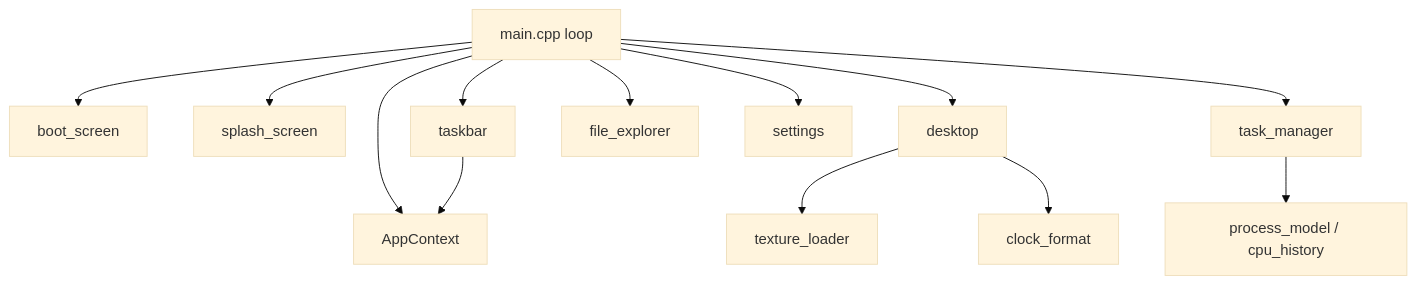
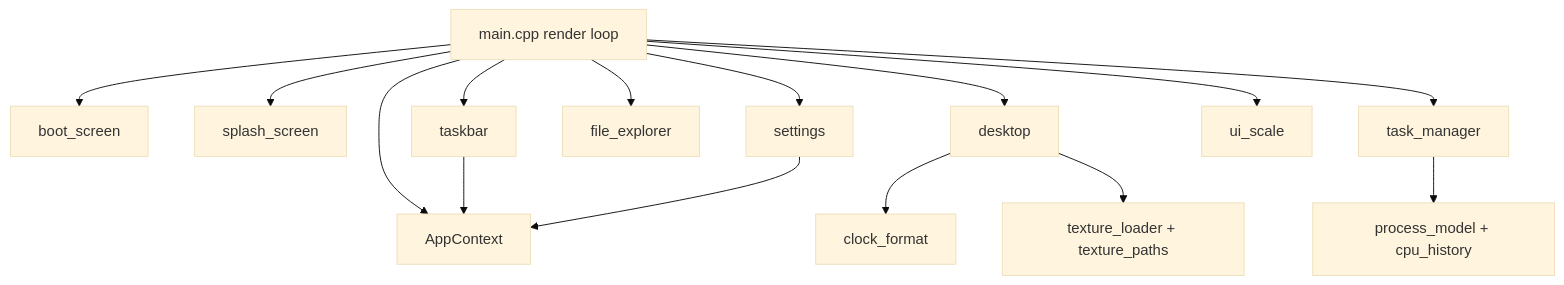
The second of 2 diagrams in README.md (robbie4116/Desktop-Style-OS-Mockup), drawn with Mermaid (base theme) before and after one commit. The commit also changed other lines of this file and 22 other files, not shown here.

````diff
--- a/README.md
+++ b/README.md
@@ -79,15 +171,18 @@
 ```mermaid
 flowchart TD
-  main[main.cpp loop] --> ctx[AppContext]
-  main --> boot[boot_screen]
-  main --> splash[splash_screen]
-  main --> desk[desktop]
-  main --> bar[taskbar]
-  bar --> ctx
-  desk --> tex[texture_loader]
-  main --> fe[file_explorer]
-  main --> set[settings]
-  main --> tm[task_manager]
-  tm --> logic[process_model / cpu_history]
-  desk --> clk[clock_format]
+  main["main.cpp render loop"] --> ctx["AppContext"]
+  main --> boot["boot_screen"]
+  main --> splash["splash_screen"]
+  main --> desktop["desktop"]
+  main --> taskbar["taskbar"]
+  main --> explorer["file_explorer"]
+  main --> settings["settings"]
+  main --> taskmgr["task_manager"]
+
+  taskbar --> ctx
+  settings --> ctx
+  taskmgr --> process["process_model + cpu_history"]
+  desktop --> clock["clock_format"]
+  desktop --> texture["texture_loader + texture_paths"]
+  main --> scale["ui_scale"]
 ```
````
